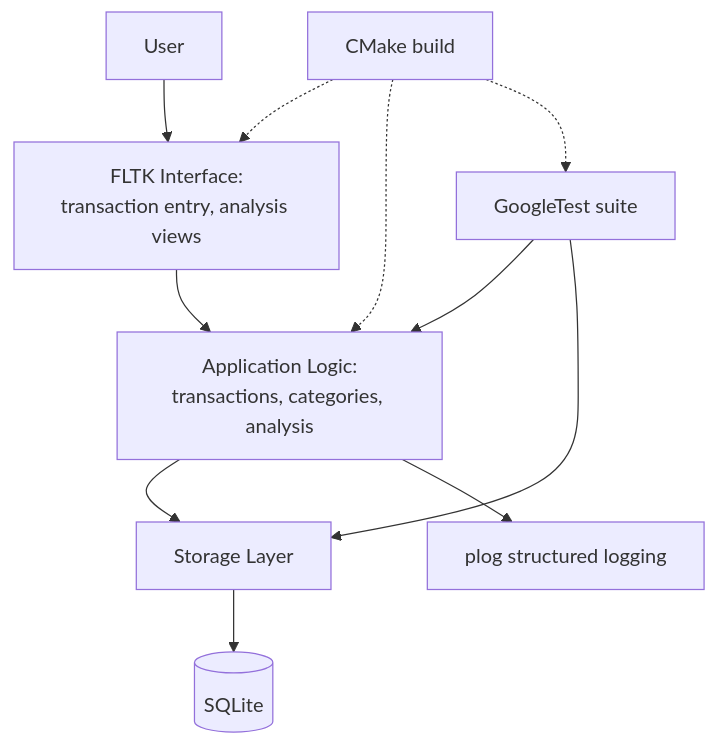
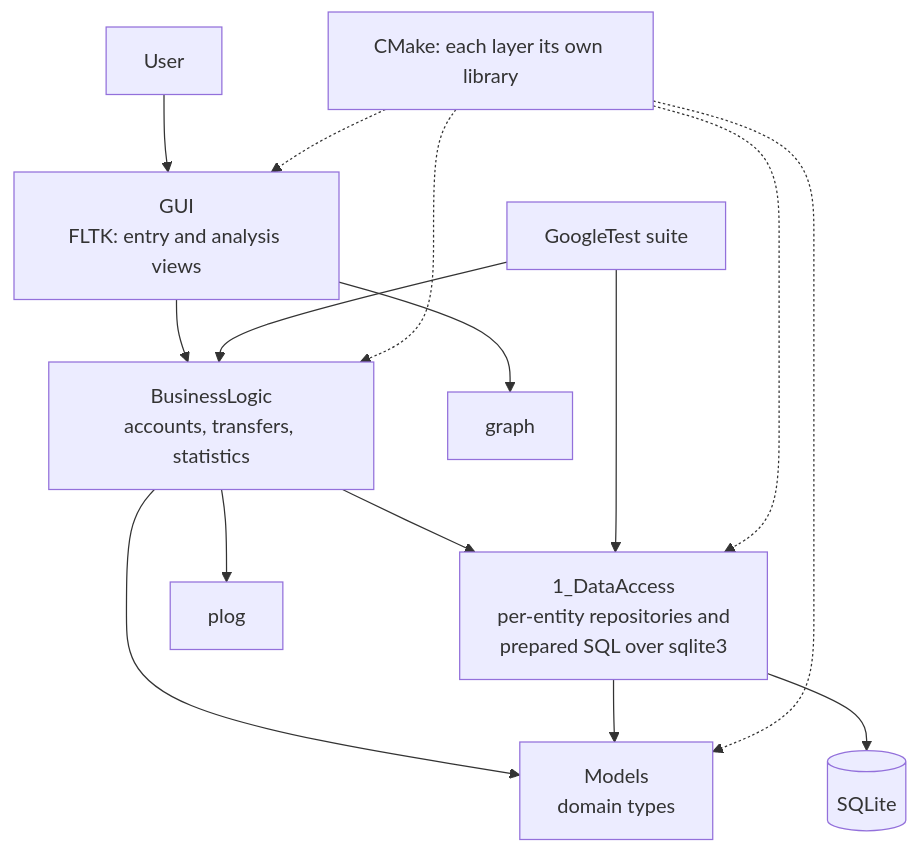
The diagram in Interview/2020-2021. Independent C++ Engineering Projects.md (aliaksei-ivanou-by/Summary), drawn with Mermaid before and after one commit. The commit also changed other lines of this file, not shown here.

````diff
--- a/Interview/2020-2021. Independent C++ Engineering Projects.md
+++ b/Interview/2020-2021. Independent C++ Engineering Projects.md
@@ -69,13 +69,17 @@
 ```mermaid
 flowchart TB
-    USER[User] --> UI[FLTK Interface:<br/>transaction entry, analysis views]
-    UI --> LOGIC[Application Logic:<br/>transactions, categories, analysis]
-    LOGIC --> STORE[Storage Layer]
-    STORE --> DB[(SQLite)]
-    LOGIC --> LOG[plog structured logging]
-    TESTS[GoogleTest suite] --> LOGIC
-    TESTS --> STORE
-    CMAKE[CMake build] -.-> UI
-    CMAKE -.-> LOGIC
-    CMAKE -.-> TESTS
+    USER[User] --> GUI[GUI<br/>FLTK: entry and analysis views]
+    GUI --> BL[BusinessLogic<br/>accounts, transfers, statistics]
+    BL --> DA[1_DataAccess<br/>per-entity repositories and<br/>prepared SQL over sqlite3]
+    DA --> DB[(SQLite)]
+    BL --> MOD[Models<br/>domain types]
+    DA --> MOD
+    GUI --> GRAPH[graph]
+    BL --> LOG[plog]
+    TESTS[GoogleTest suite] --> BL
+    TESTS --> DA
+    CMAKE[CMake: each layer its own library] -.-> GUI
+    CMAKE -.-> BL
+    CMAKE -.-> DA
+    CMAKE -.-> MOD
 ```
````
